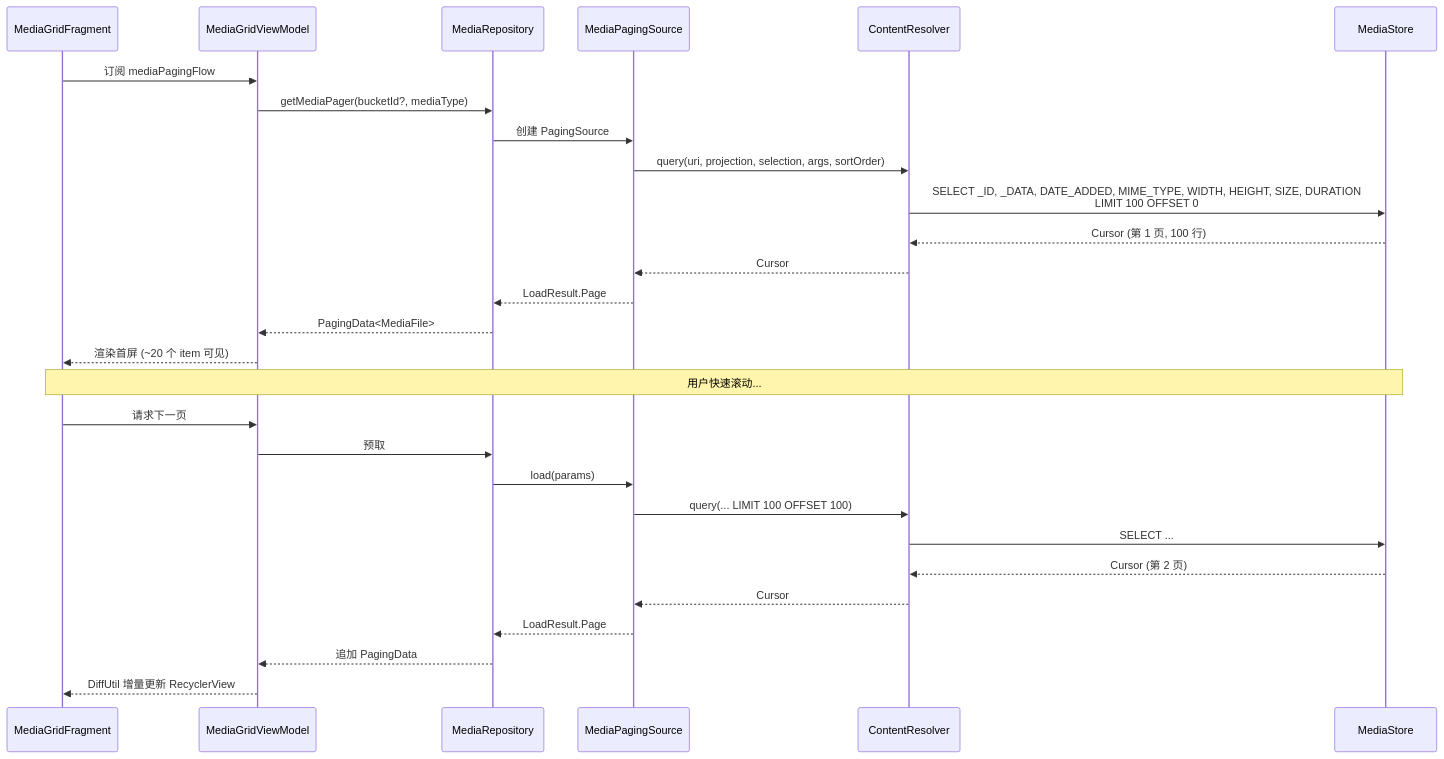
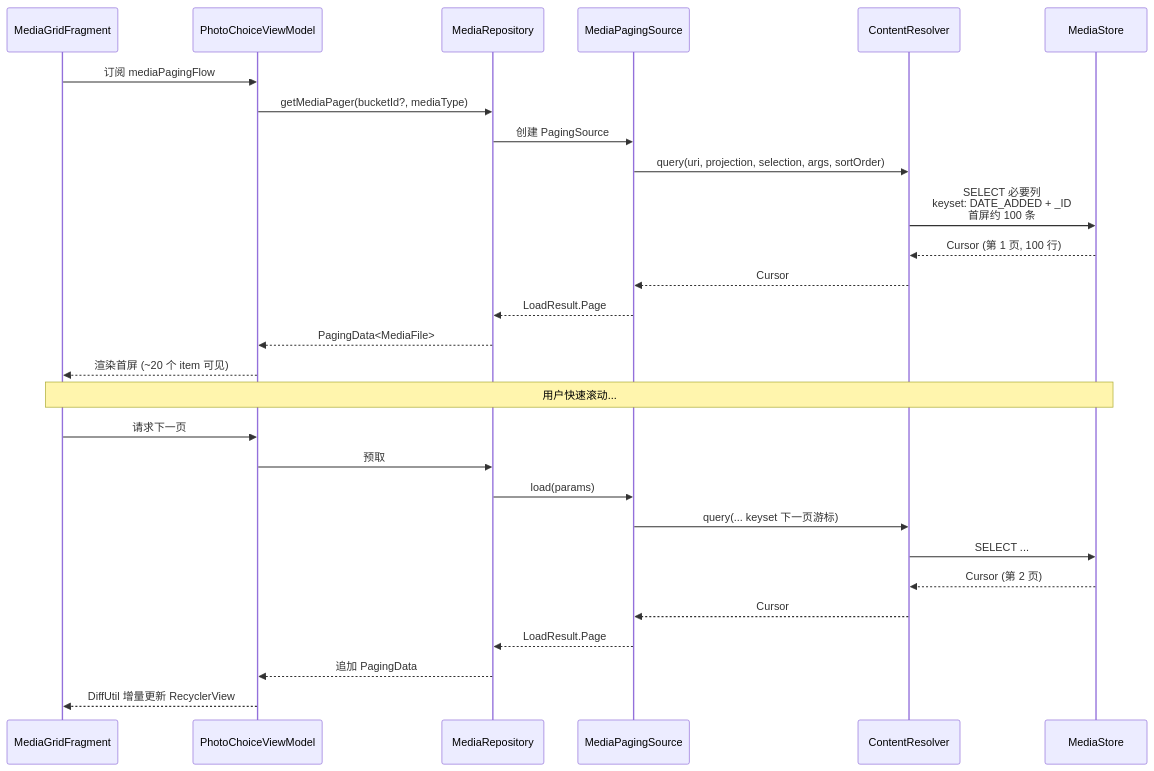
One commit to Hu12037102/photo_choice changed diagram 14 of 15 in PRD.md. Above: the diagram before and after it, drawn with Mermaid. The commit also changed other lines of this file and 3 other files, not shown here.

````diff
--- a/PRD.md
+++ b/PRD.md
@@ -520,33 +526,33 @@
 ```mermaid
 sequenceDiagram
     participant UI as MediaGridFragment
-    participant VM as MediaGridViewModel
+    participant VM as PhotoChoiceViewModel
     participant Repo as MediaRepository
     participant PS as MediaPagingSource
     participant CR as ContentResolver
     participant DB as MediaStore
 
     UI->>VM: 订阅 mediaPagingFlow
     VM->>Repo: getMediaPager(bucketId?, mediaType)
     Repo->>PS: 创建 PagingSource
     PS->>CR: query(uri, projection, selection, args, sortOrder)
-    CR->>DB: SELECT _ID, _DATA, DATE_ADDED, MIME_TYPE, WIDTH, HEIGHT, SIZE, DURATION<br/>LIMIT 100 OFFSET 0
+    CR->>DB: SELECT 必要列<br/>keyset: DATE_ADDED + _ID<br/>首屏约 100 条
     DB-->>CR: Cursor (第 1 页, 100 行)
     CR-->>PS: Cursor
     PS-->>Repo: LoadResult.Page
     Repo-->>VM: PagingData<MediaFile>
     VM-->>UI: 渲染首屏 (~20 个 item 可见)
 
     Note over UI,DB: 用户快速滚动...
 
     UI->>VM: 请求下一页
     VM->>Repo: 预取
     Repo->>PS: load(params)
-    PS->>CR: query(... LIMIT 100 OFFSET 100)
+    PS->>CR: query(... keyset 下一页游标)
     CR->>DB: SELECT ...
     DB-->>CR: Cursor (第 2 页)
     CR-->>PS: Cursor
     PS-->>Repo: LoadResult.Page
     Repo-->>VM: 追加 PagingData
     VM-->>UI: DiffUtil 增量更新 RecyclerView
 ```
````
